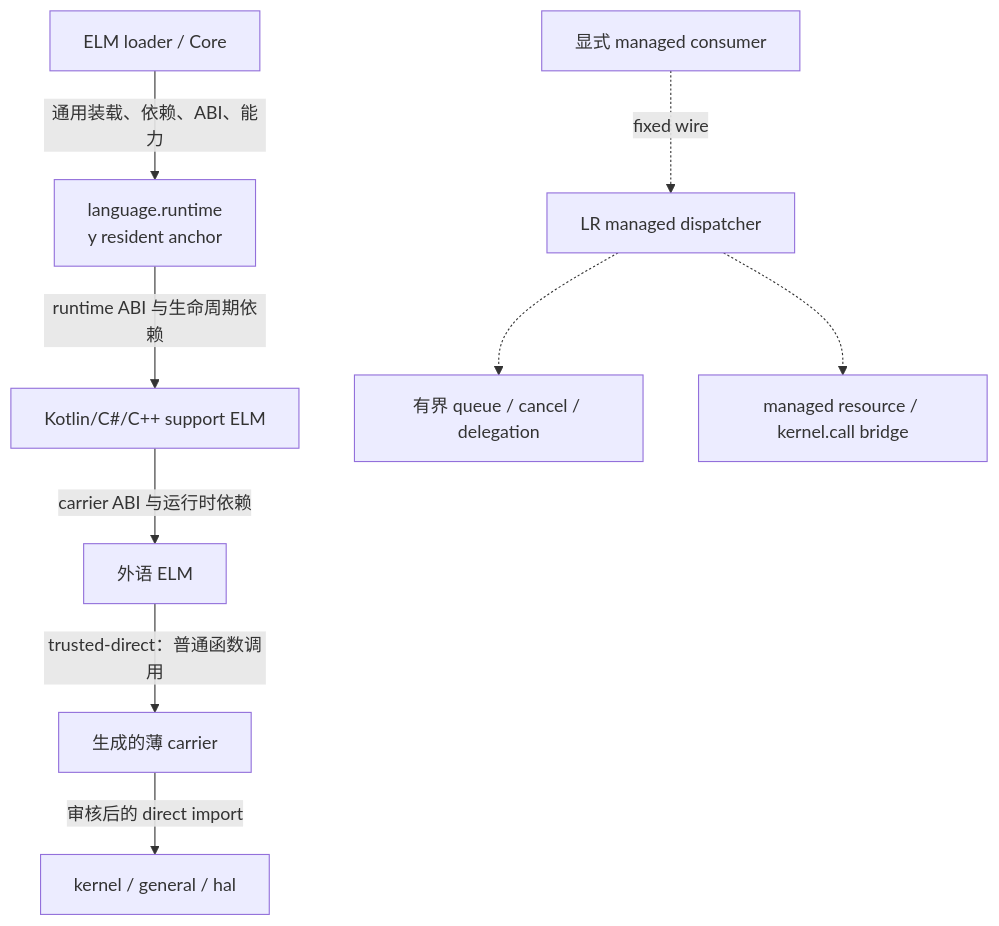
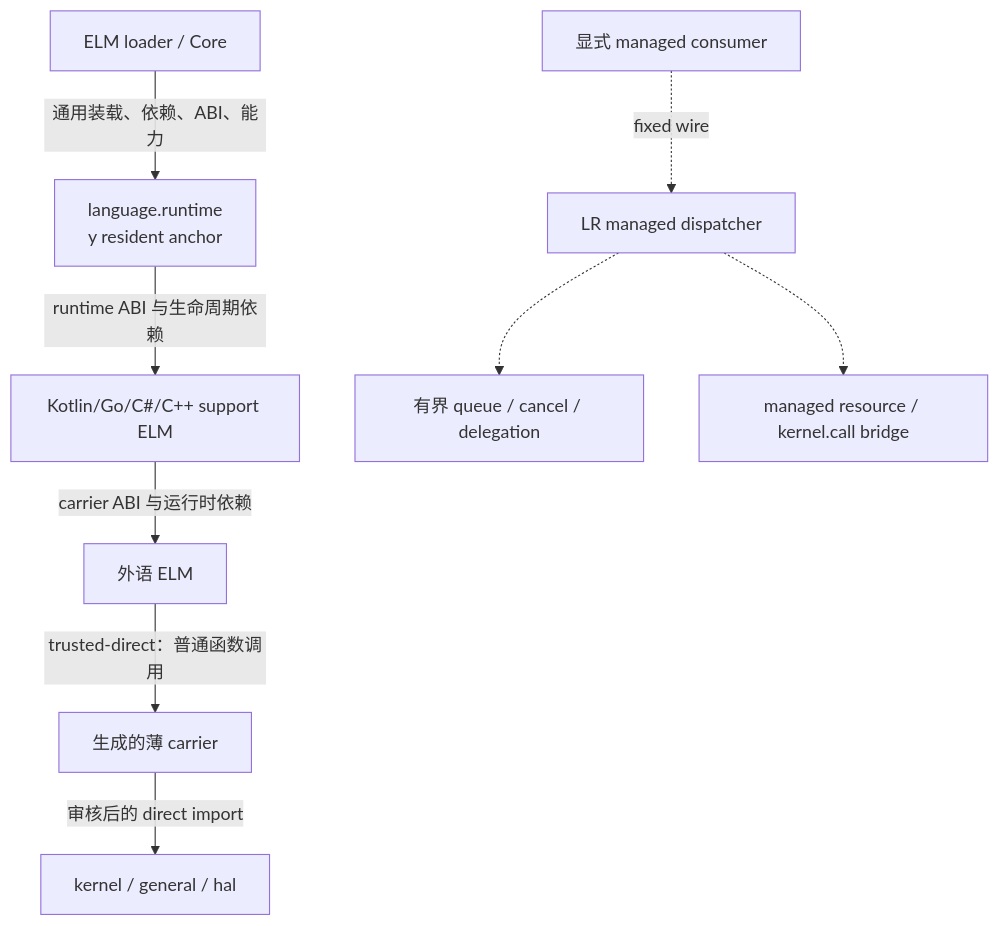
Before and after one commit to redstone6835/hitoshizuku: the diagram in LANGUAGE_RUNTIME.md, drawn with Mermaid. The commit also changed other lines of this file, not shown here.

Commit message:
docs: 补充 Go ELM 语言支持边界

````diff
--- a/LANGUAGE_RUNTIME.md
+++ b/LANGUAGE_RUNTIME.md
@@ -29,12 +29,12 @@
 ```mermaid
 flowchart TB
     L[ELM loader / Core] -->|通用装载、依赖、ABI、能力| A[language.runtime<br/>y resident anchor]
-    A -->|runtime ABI 与生命周期依赖| S[Kotlin/C#/C++ support ELM]
+    A -->|runtime ABI 与生命周期依赖| S[Kotlin/Go/C#/C++ support ELM]
     S -->|carrier ABI 与运行时依赖| F[外语 ELM]
     F -->|trusted-direct：普通函数调用| C[生成的薄 carrier]
     C -->|审核后的 direct import| K[kernel / general / hal]
 
     M[显式 managed consumer] -.->|fixed wire| D[LR managed dispatcher]
     D -.-> Q[有界 queue / cancel / delegation]
     D -.-> R[managed resource / kernel.call bridge]
 ```
````
